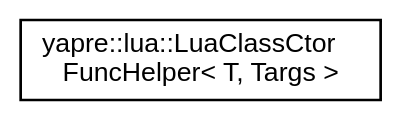
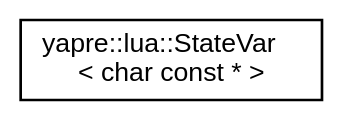
The diagram in docs/inherit_graph_11.dot (yapre-run/doc), drawn with Graphviz before and after one commit. The commit also changed 298 other files, not shown here.

```diff
--- a/docs/inherit_graph_11.dot
+++ b/docs/inherit_graph_11.dot
@@ -1,9 +1,9 @@
 digraph "Graphical Class Hierarchy"
 {
  // LATEX_PDF_SIZE
   bgcolor="transparent";
   edge [fontname="Helvetica",fontsize="10",labelfontname="Helvetica",labelfontsize="10"];
   node [fontname="Helvetica",fontsize="10",shape=record];
   rankdir="LR";
-  Node0 [label="yapre::lua::LuaClassCtor\lFuncHelper\< T, Targs \>",height=0.2,width=0.4,color="black",URL="$structyapre_1_1lua_1_1_lua_class_ctor_func_helper.html",tooltip=" "];
+  Node0 [label="yapre::lua::StateVar\l\< char const * \>",height=0.2,width=0.4,color="black",URL="$structyapre_1_1lua_1_1_state_var_3_01char_01const_01_5_01_4.html",tooltip=" "];
 }
```
